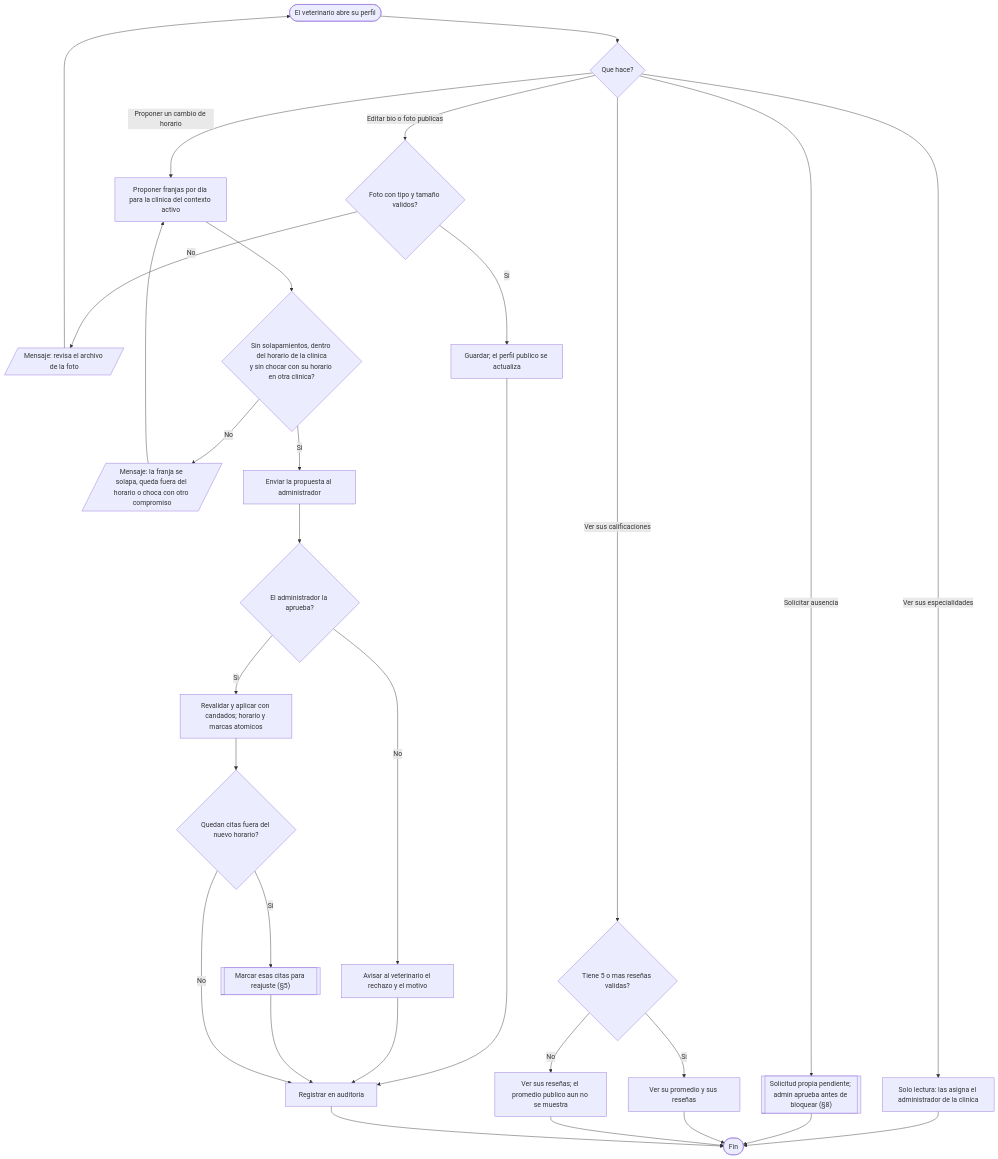
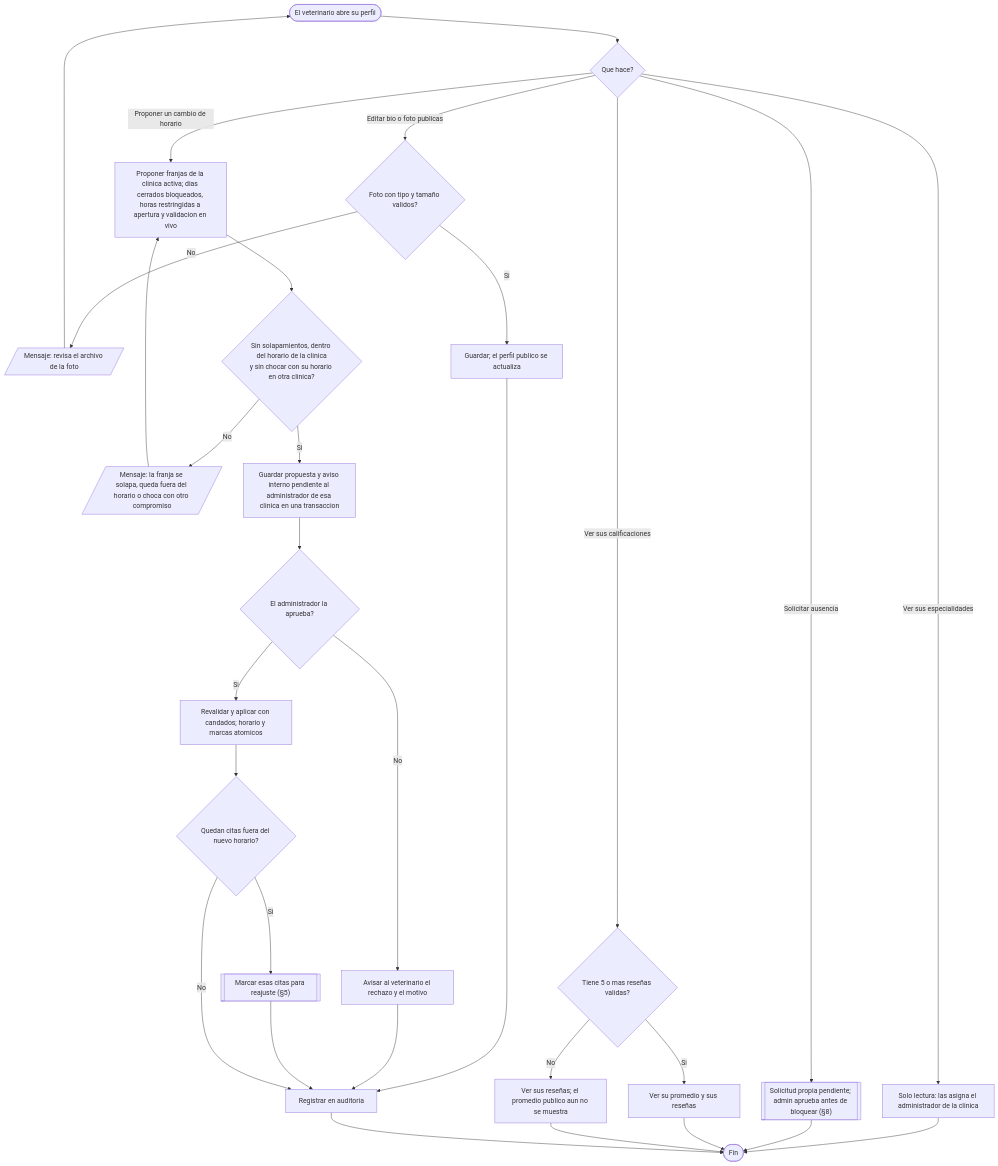
Diagram 27 of 40 in documentacion/Modelos.md (carvajal7lsch-commits/Zooki), drawn with Mermaid before and after one commit. The commit also changed other lines of this file and 78 other files, not shown here.

Commit message:
fix(agenda): correcciones de la prueba del dueno: horario propuesto, dias cerrados, cirugia, horarios por nivel, rojo a urgencias y plazo de cambios (HU-4.13, HU-7.4, RN-G18, RN-430)

````diff
--- a/documentacion/Modelos.md
+++ b/documentacion/Modelos.md
@@ -1202,38 +1206,38 @@
 ```mermaid
 flowchart TD
   A([El veterinario abre su perfil]) --> Q{Que hace?}
 
   Q -- Editar bio o foto publicas --> B1{"Foto con tipo y tamaño validos?"}
   B1 -- No --> B2[/"Mensaje: revisa el archivo de la foto"/]
   B2 --> A
   B1 -- Si --> B3[Guardar; el perfil publico se actualiza]
   B3 --> AUD
 
   Q -- Ver sus especialidades --> E1[Solo lectura: las asigna el administrador de la clinica]
   E1 --> ZF([Fin])
 
-  Q -- Proponer un cambio de horario --> H1[Proponer franjas por dia para la clinica del contexto activo]
+  Q -- Proponer un cambio de horario --> H1[Proponer franjas de la clinica activa; dias cerrados bloqueados, horas restringidas a apertura y validacion en vivo]
   H1 --> H2{"Sin solapamientos, dentro del horario de la clinica<br/>y sin chocar con su horario en otra clinica?"}
   H2 -- No --> H3[/"Mensaje: la franja se solapa, queda fuera del horario o choca con otro compromiso"/]
   H3 --> H1
-  H2 -- Si --> H4[Enviar la propuesta al administrador]
+  H2 -- Si --> H4[Guardar propuesta y aviso interno pendiente al administrador de esa clinica en una transaccion]
   H4 --> H5{El administrador la aprueba?}
   H5 -- No --> H6[Avisar al veterinario el rechazo y el motivo]
   H6 --> AUD
   H5 -- Si --> H7[Revalidar y aplicar con candados; horario y marcas atomicos]
   H7 --> H8{Quedan citas fuera del nuevo horario?}
   H8 -- Si --> H9[["Marcar esas citas para reajuste (§5)"]]
   H9 --> AUD
   H8 -- No --> AUD
 
   Q -- Solicitar ausencia --> AUS[["Solicitud propia pendiente; admin aprueba antes de bloquear (§8)"]]
   AUS --> ZF
 
   Q -- Ver sus calificaciones --> R1{Tiene 5 o mas reseñas validas?}
   R1 -- Si --> R2[Ver su promedio y sus reseñas]
   R1 -- No --> R3[Ver sus reseñas; el promedio publico aun no se muestra]
   R2 --> ZF
   R3 --> ZF
 
   AUD[Registrar en auditoria] --> ZF
 ```
````
